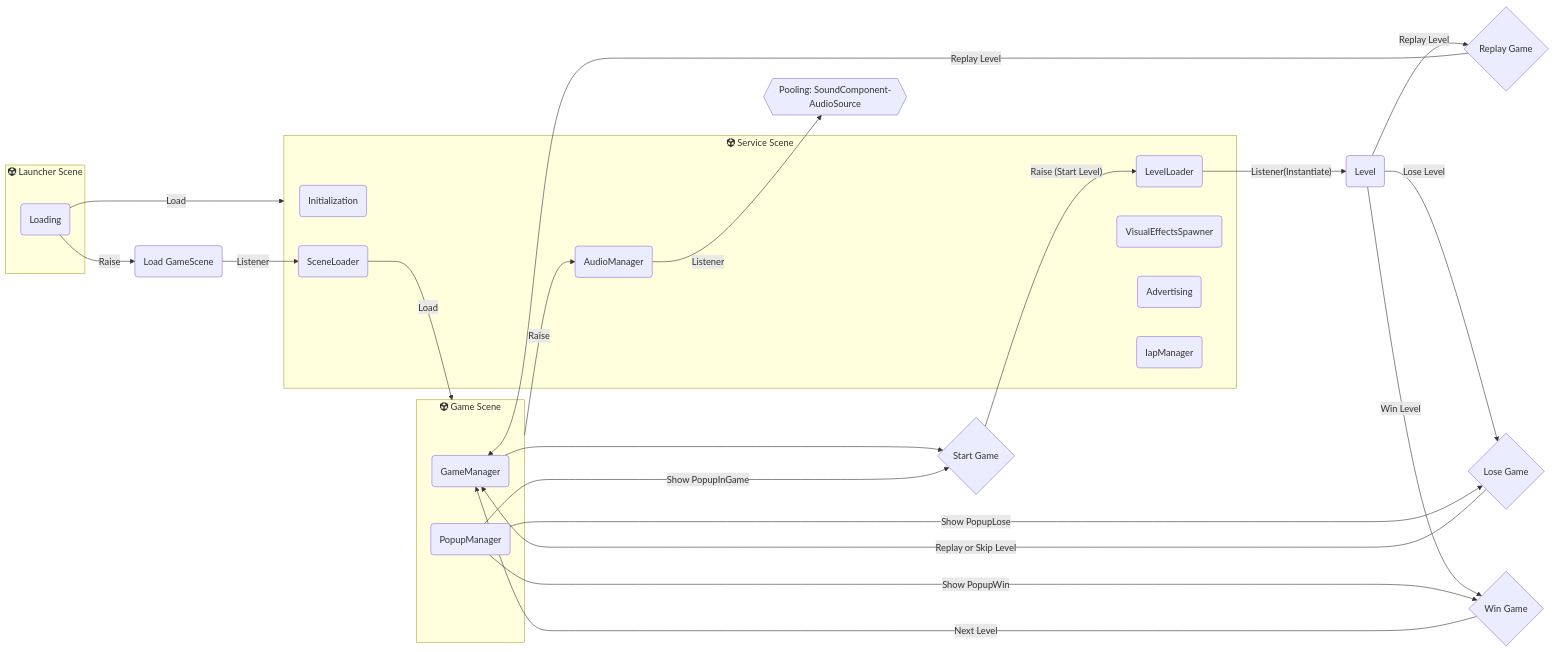
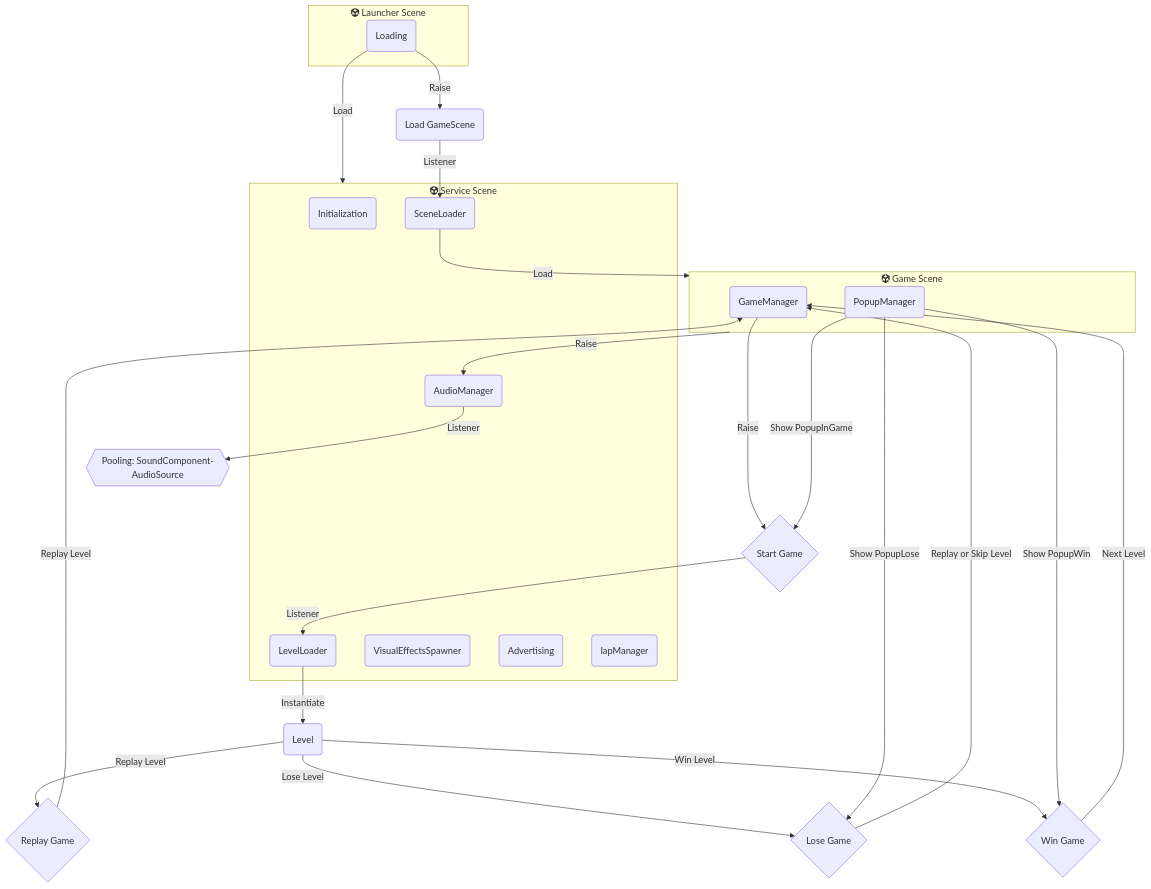
One commit to VirtueSky/TheBeginning changed the diagram in README.md. Above: the diagram before and after it, drawn with Mermaid.

````diff
--- a/README.md
+++ b/README.md
@@ -10,35 +10,35 @@
 ```mermaid
-flowchart LR
+flowchart TB
     subgraph LauncherScene["<i class="fa-brands fa-unity"></i> Launcher Scene"]
     Loading(Loading)
     end
 
     subgraph ServiceScene["<i class="fa-brands fa-unity"></i> Service Scene"]
     Initialization(Initialization)
     SceneLoader(SceneLoader)
     LevelLoader(LevelLoader)
     AudioManager(AudioManager)
     VisualEffectsSpawner(VisualEffectsSpawner)
     Advertising(Advertising)
     IapManager(IapManager)
     end
 
     subgraph GameScene["<i class="fa-brands fa-unity"></i> Game Scene"]
     GameManager(GameManager)
     PopupManager(PopupManager)
     end
 
     GameScene --Raise--> AudioManager --Listener--> SoundComponent{{Pooling: SoundComponent-AudioSource}}
 
 
     Loading --Load--> ServiceScene
     Loading --Raise--> LoadGameScene(Load GameScene) --Listener--> SceneLoader --Load--> GameScene
-    GameManager ----> StartGame{Start Game} --Raise (Start Level)--> LevelLoader --Listener(Instantiate)--> Level(Level)
+    GameManager --Raise----> StartGame{Start Game} --Listener--> LevelLoader --Instantiate--> Level(Level)
     PopupManager --Show PopupInGame--> StartGame
     Level --Win Level--> WinGame{Win Game} --Next Level-->GameManager
     Level --Lose Level--> LoseGame{Lose Game} --Replay or Skip Level-->GameManager
     Level --Replay Level--> ReplayGame{Replay Game}
     ReplayGame --Replay Level--> GameManager
     PopupManager --Show PopupWin--> WinGame
     PopupManager --Show PopupLose--> LoseGame
 ```
````
